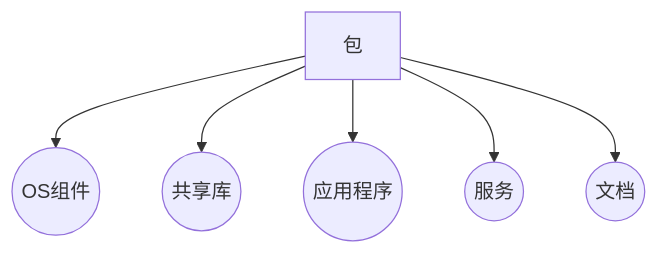
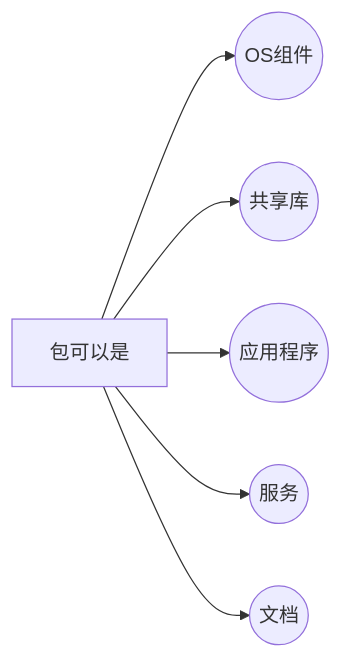
One commit to RisunJiang/notebook changed the first of 4 diagrams in 包管理.md. Above: the diagram before and after it, drawn with Mermaid. The commit also changed other lines of this file, not shown here.

````diff
--- a/包管理.md
+++ b/包管理.md
@@ -3,8 +3,8 @@
 ```mermaid
-graph 
-A[包] --> B((OS组件))
+graph LR
+A[包可以是] --> B((OS组件))
 A --> C((共享库))
 A --> D((应用程序))
 A --> E((服务))
 A --> F((文档))
 ```
````
